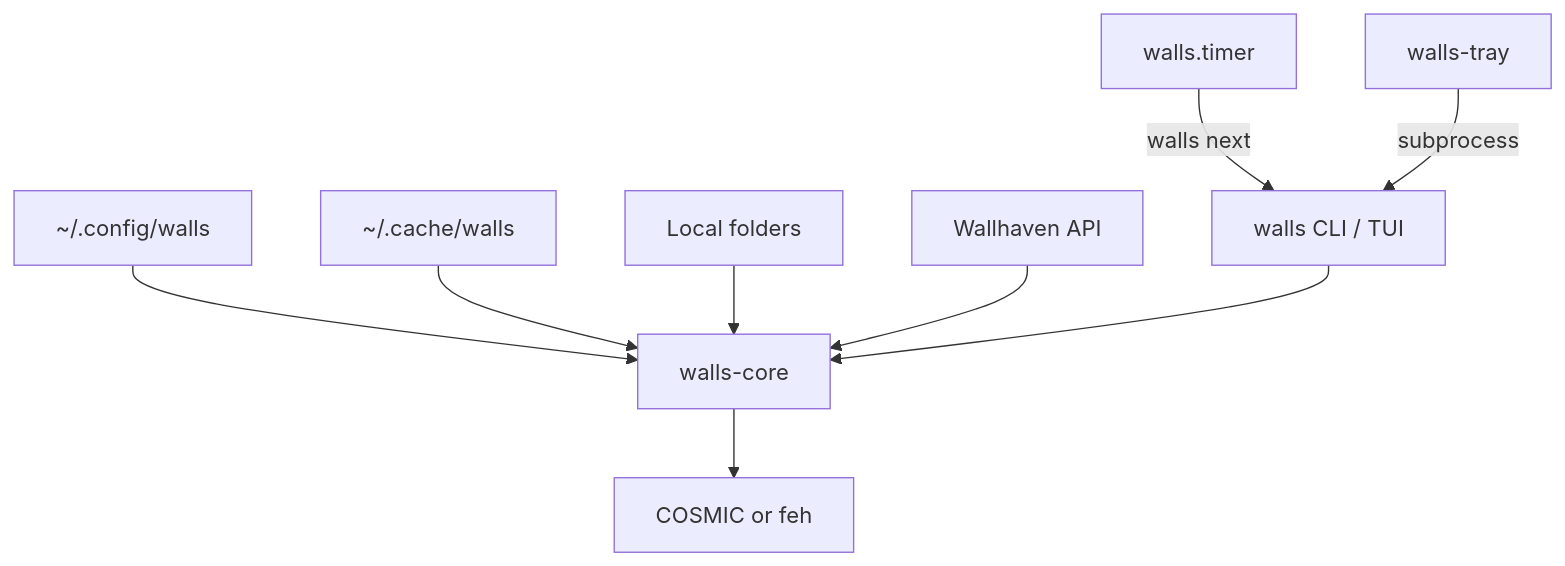
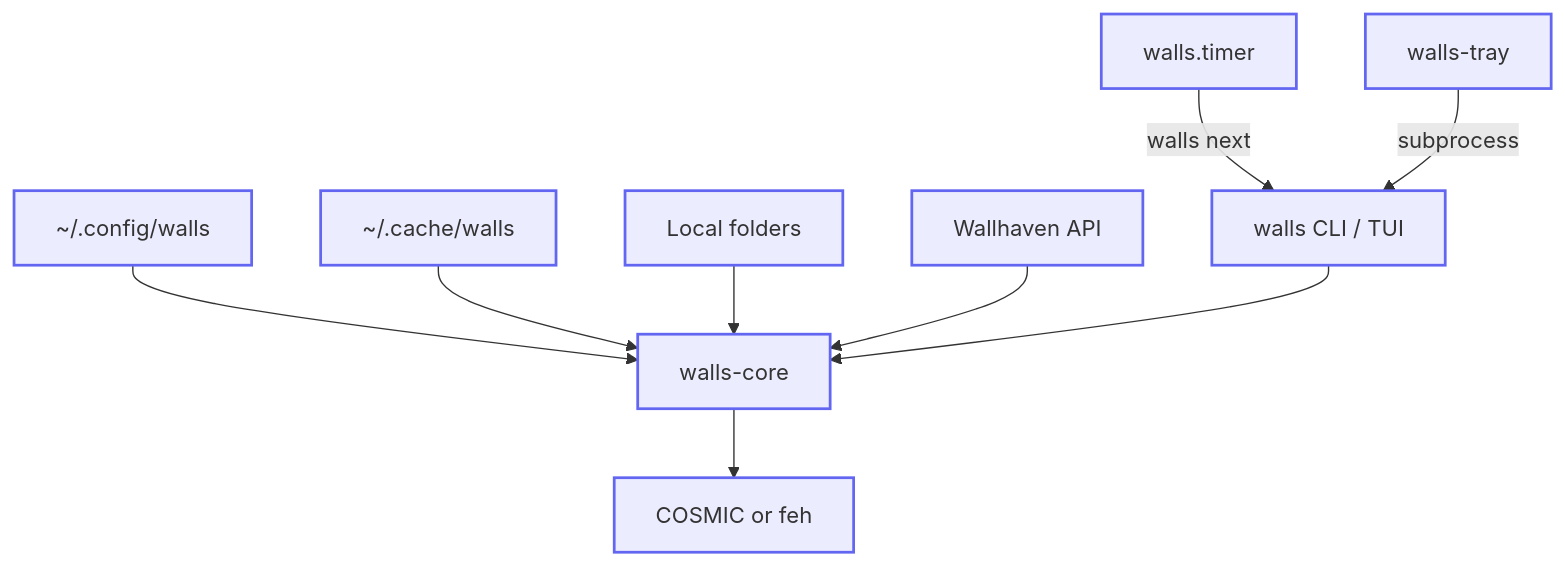
The diagram in docs/diagrams/architecture.mmd (willfish/walls), drawn with Mermaid before and after one commit. The commit also changed 1 other file, not shown here.

Commit message:
BAU: Apply Mermaid box stroke style to architecture diagram

```diff
--- a/docs/diagrams/architecture.mmd
+++ b/docs/diagrams/architecture.mmd
@@ -1,19 +1,22 @@
 flowchart TD
     CONFIG["~/.config/walls"]
     CACHE["~/.cache/walls"]
     LOCAL[Local folders]
     WH[Wallhaven API]
     TIMER[walls.timer]
     TRAY[walls-tray]
     CLI["walls CLI / TUI"]
     CORE[walls-core]
     APPLY["COSMIC or feh"]
 
     TIMER -->|walls next| CLI
     TRAY -->|subprocess| CLI
     CONFIG --> CORE
     CACHE --> CORE
     LOCAL --> CORE
     WH --> CORE
     CLI --> CORE
     CORE --> APPLY
+
+    classDef box stroke:#6366f1,stroke-width:2px
+    class CONFIG,CACHE,LOCAL,WH,TIMER,TRAY,CLI,CORE,APPLY box
```
